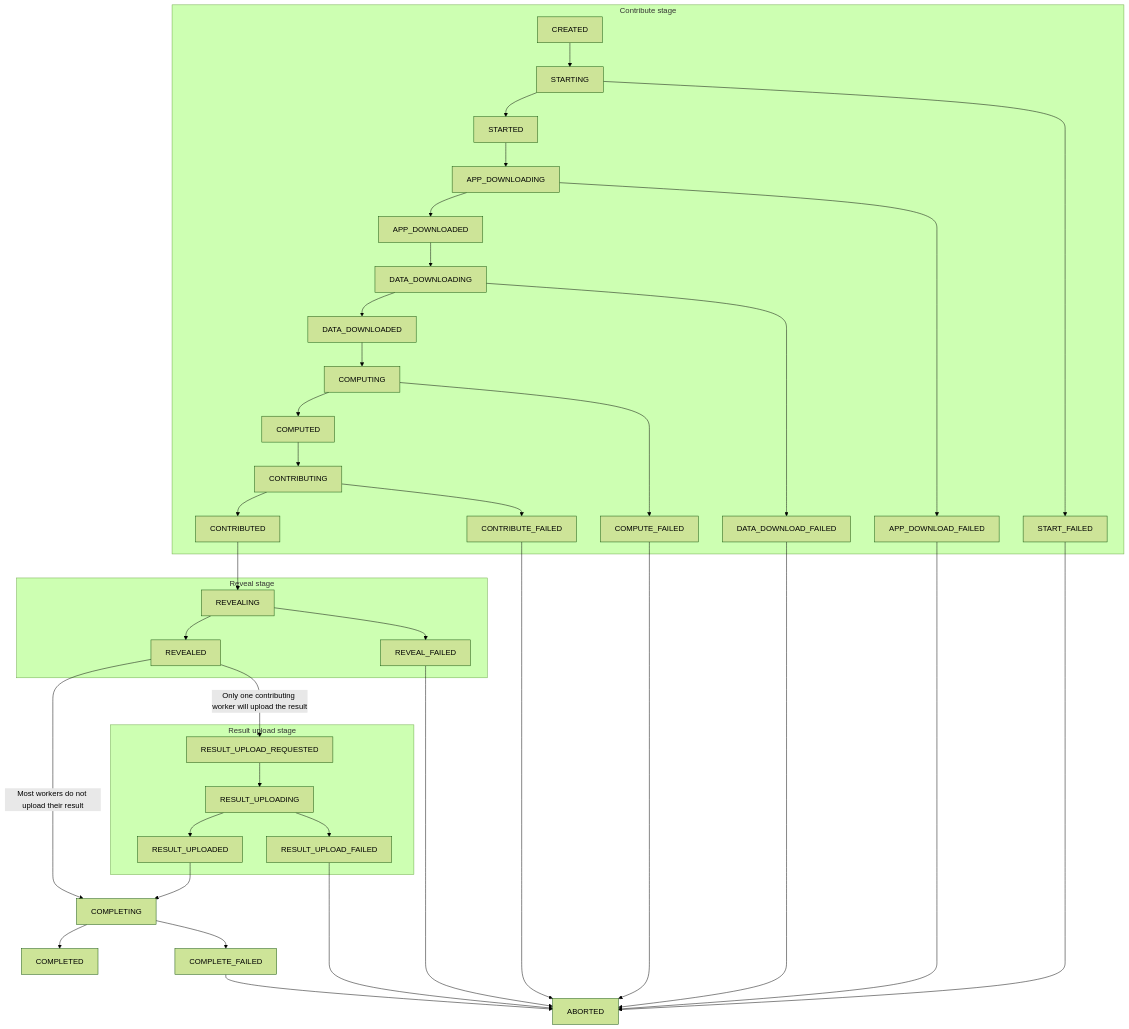
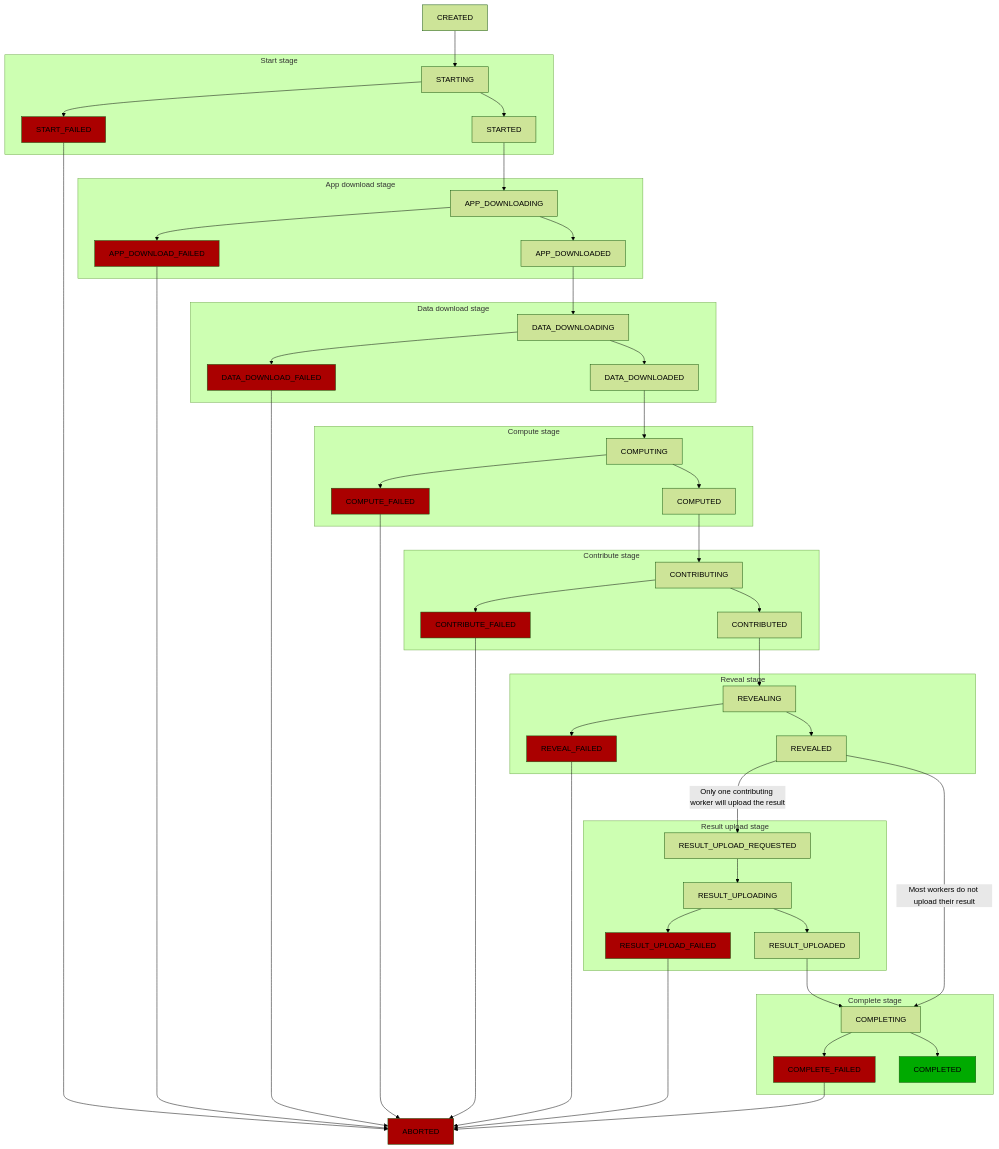
Before and after one commit to iExecBlockchainComputing/documentation: the diagram in for-developers/advanced/task-feedback.md, drawn with Mermaid (forest theme).

Commit message:
Divide Replicates Statuses Workflow into sub-graphs and add colors

````diff
--- a/for-developers/advanced/task-feedback.md
+++ b/for-developers/advanced/task-feedback.md
@@ -74,50 +74,75 @@
 ```mermaid
 flowchart
 
+CREATED --> STARTING
+
+subgraph Start stage
+    STARTING --> STARTED
+    STARTING --> START_FAILED:::failure
+end
+
+subgraph App download stage
+    STARTED --> APP_DOWNLOADING
+
+    APP_DOWNLOADING --> APP_DOWNLOADED
+    APP_DOWNLOADING --> APP_DOWNLOAD_FAILED:::failure
+end
+
+subgraph Data download stage
+    APP_DOWNLOADED --> DATA_DOWNLOADING
+
+    DATA_DOWNLOADING --> DATA_DOWNLOADED
+    DATA_DOWNLOADING --> DATA_DOWNLOAD_FAILED:::failure
+end
+
+subgraph Compute stage
+    DATA_DOWNLOADED --> COMPUTING
+
+    COMPUTING --> COMPUTED
+    COMPUTING --> COMPUTE_FAILED:::failure
+end
+
 subgraph Contribute stage
-    CREATED --> STARTING
-    STARTING --> STARTED
-    STARTED --> APP_DOWNLOADING
-    APP_DOWNLOADING --> APP_DOWNLOADED
-    APP_DOWNLOADED --> DATA_DOWNLOADING
-    DATA_DOWNLOADING --> DATA_DOWNLOADED
-    DATA_DOWNLOADED --> COMPUTING
-    COMPUTING --> COMPUTED
     COMPUTED --> CONTRIBUTING
+
     CONTRIBUTING --> CONTRIBUTED
+    CONTRIBUTING --> CONTRIBUTE_FAILED:::failure
 
-    STARTING --> START_FAILED
-    APP_DOWNLOADING --> APP_DOWNLOAD_FAILED
-    DATA_DOWNLOADING --> DATA_DOWNLOAD_FAILED
-    COMPUTING --> COMPUTE_FAILED
-    CONTRIBUTING --> CONTRIBUTE_FAILED
 end
 
 subgraph Reveal stage
     CONTRIBUTED --> REVEALING
+
     REVEALING --> REVEALED
-    REVEALING --> REVEAL_FAILED
+    REVEALING --> REVEAL_FAILED:::failure
 end
 
 subgraph Result upload stage
     REVEALED -- Only one contributing worker will upload the result --> RESULT_UPLOAD_REQUESTED
     RESULT_UPLOAD_REQUESTED --> RESULT_UPLOADING
     RESULT_UPLOADING --> RESULT_UPLOADED
-    RESULT_UPLOADING --> RESULT_UPLOAD_FAILED
+    RESULT_UPLOADING --> RESULT_UPLOAD_FAILED:::failure
 end
 
-RESULT_UPLOADED --> COMPLETING
-REVEALED -- Most workers do not upload their result --> COMPLETING
-COMPLETING --> COMPLETED
+subgraph Complete stage
+    RESULT_UPLOADED --> COMPLETING
+    REVEALED -- Most workers do not upload their result --> COMPLETING
 
-COMPLETING --> COMPLETE_FAILED
+    COMPLETING --> COMPLETE_FAILED:::failure
+    COMPLETING --> COMPLETED:::completed
+end
 
-START_FAILED --> ABORTED
+
+START_FAILED --> ABORTED:::failure
 APP_DOWNLOAD_FAILED --> ABORTED
 DATA_DOWNLOAD_FAILED --> ABORTED
 COMPUTE_FAILED --> ABORTED
 CONTRIBUTE_FAILED --> ABORTED
 REVEAL_FAILED --> ABORTED
 RESULT_UPLOAD_FAILED --> ABORTED
 COMPLETE_FAILED --> ABORTED
+
+%% Style definitions
+classDef failure fill:#a00
+classDef completed fill:#0a0
 ```
````
